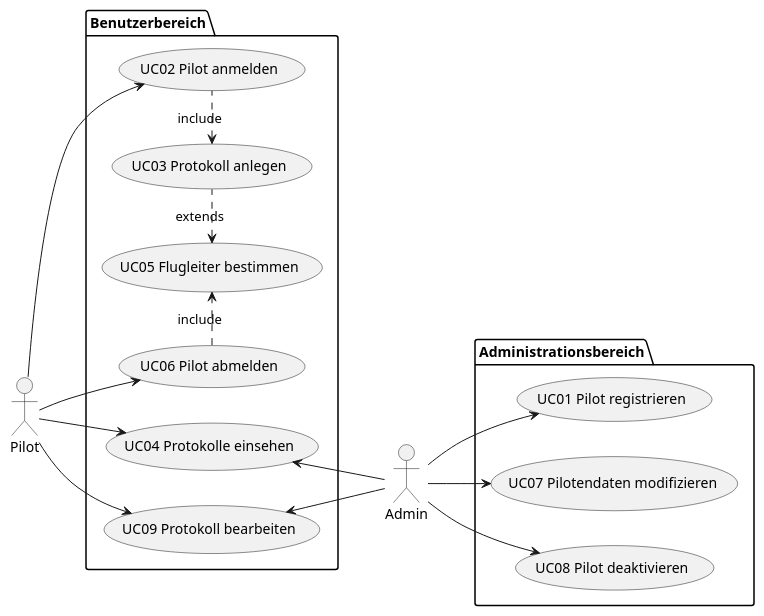
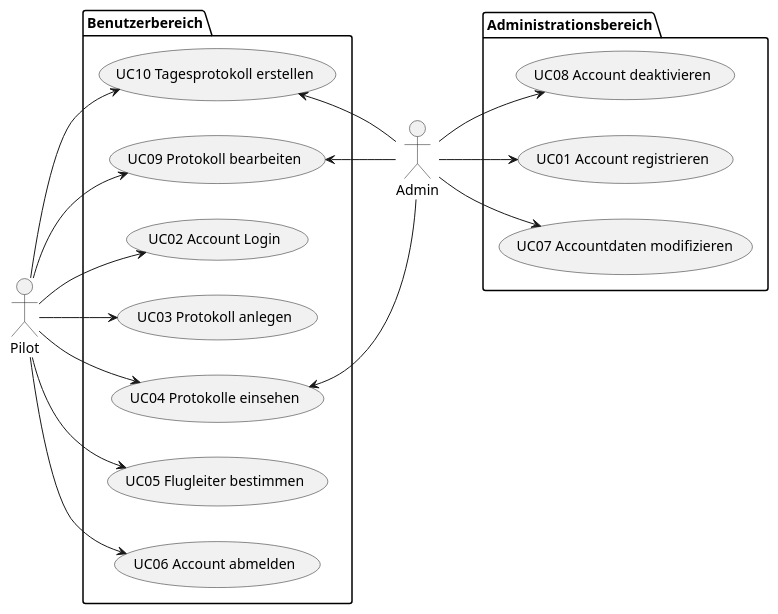
Before and after one commit to jakobkmar/E09-modellflug-logbuch: the diagram in docs/requirements/resources/use_case_diagram.puml, drawn with PlantUML. The commit also changed 10 other files, not shown here.

```diff
--- a/docs/requirements/resources/use_case_diagram.puml
+++ b/docs/requirements/resources/use_case_diagram.puml
@@ -1,32 +1,34 @@
 @startuml domainmodel
 left to right direction
 "Admin" as ac01
 "Pilot" as ac02
 package Benutzerbereich {
-    "UC02 Pilot anmelden" as (uc02) 
+    "UC02 Account Login" as (uc02)
     "UC03 Protokoll anlegen" as (uc03)
     "UC04 Protokolle einsehen" as (uc04)
     "UC05 Flugleiter bestimmen" as (uc05)
-    "UC06 Pilot abmelden" as (uc06)
+    "UC06 Account abmelden" as (uc06)
     "UC09 Protokoll bearbeiten" as (uc09)
+    "UC10 Tagesprotokoll erstellen" as (uc10)
 }
 
 package Administrationsbereich {
-    "UC01 Pilot registrieren" as (uc01)
-    "UC07 Pilotendaten modifizieren" as (uc07)
-    "UC08 Pilot deaktivieren" as (uc08)
-
+    "UC01 Account registrieren" as (uc01)
+    "UC07 Accountdaten modifizieren" as (uc07)
+    "UC08 Account deaktivieren" as (uc08)
 }
 ac01 -d-> uc01
-ac01 -u-> uc04
+ac01 -d-> uc04
 ac01 -d-> uc07
-ac01 -d-> uc08
+ac01 -u-> uc08
 ac01 -u-> uc09
+ac01 -u-> uc10
+
+ac02 -d-> uc05
 ac02 -d-> uc02
 ac02 -d-> uc06
-ac02 -u-> uc09
-ac02 -u-> uc04
-uc02 .l.> uc03 :include
-uc03 .l.> uc05 :extends
-uc06 .r.> uc05 :include
+ac02 -d-> uc09
+ac02 -d-> uc04
+ac02 -d-> uc10
+ac02 -d-> uc03
 @enduml
```
